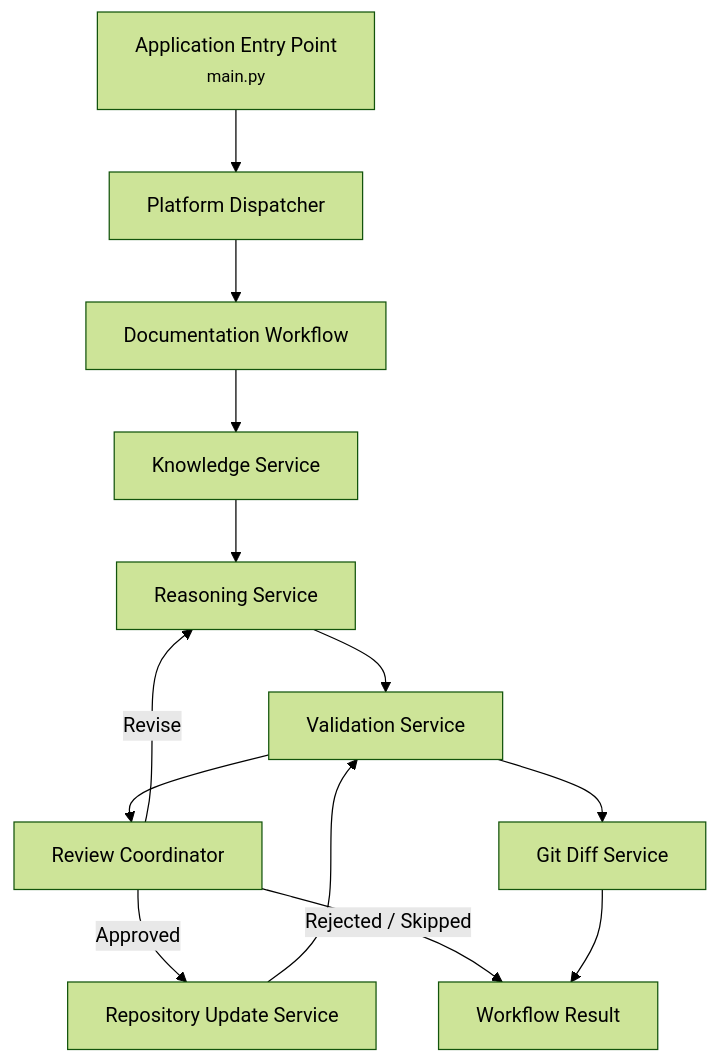
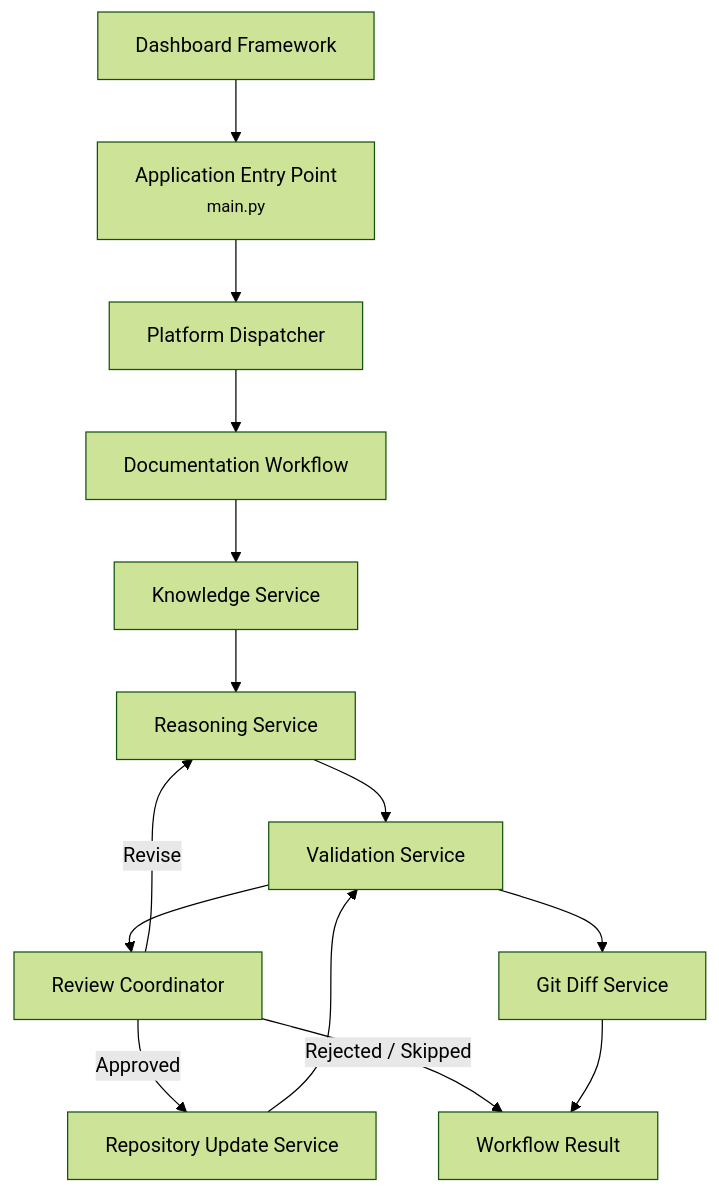
Before and after one commit to pgailinas/project0: the diagram in docs/Documentation_Agent_Architecture.md, drawn with Mermaid (forest theme). The commit also changed other lines of this file and 15 other files, not shown here.

````diff
--- a/docs/Documentation_Agent_Architecture.md
+++ b/docs/Documentation_Agent_Architecture.md
@@ -42,32 +48,34 @@
 ```mermaid
 flowchart TD
+    UI["Dashboard Framework"]
     A["Application Entry Point<br/><small>main.py</small>"]
     B["Platform Dispatcher"]
     C["Documentation Workflow"]
 
     D["Knowledge Service"]
     E["Reasoning Service"]
     F["Validation Service"]
 
     G["Review Coordinator"]
     H["Repository Update Service"]
     I["Git Diff Service"]
 
     J["Workflow Result"]
 
+    UI --> A
     A --> B
     B --> C
 
     C --> D
     D --> E
     E --> F
     F --> G
 
     G -->|Approved| H
     G -->|Rejected / Skipped| J
     G -->|Revise| E
 
     H --> F
     F --> I
     I --> J
 ```
````
